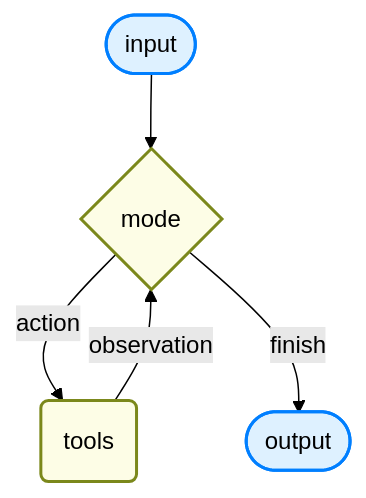
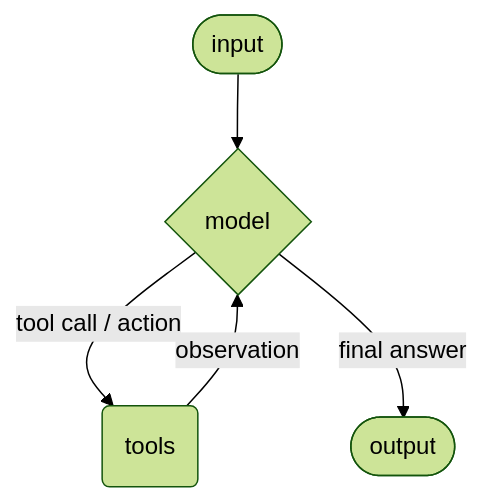
One commit to KeLes-Coding/KeLes-Coding.github.io changed the first of 2 diagrams in _posts/Orbit 开发日志/note/2026-05-10-2. Agent 系统阅读笔记（一）：Agent Runtime 的系统形态.md. Above: the diagram before and after it, drawn with Mermaid (forest theme). The commit also changed other lines of this file and 2 other files, not shown here.

````diff
--- a/_posts/Orbit 开发日志/note/2026-05-10-2. Agent 系统阅读笔记（一）：Agent Runtime 的系统形态.md
+++ b/_posts/Orbit 开发日志/note/2026-05-10-2. Agent 系统阅读笔记（一）：Agent Runtime 的系统形态.md
@@ -18,20 +18,12 @@
 ```Mermaid
 graph TD
-    %% 定义节点形状和文本
     Input([input])
-    Mode{mode}
+    Model{model}
     Tools(tools)
     Output([output])
 
-    %% 定义节点之间的连接和标签
-    Input --> Mode
-    Mode -->|action| Tools
-    Tools -->|observation| Mode
-    Mode -->|finish| Output
-
-    %% 自定义节点颜色和样式 (模仿图片风格)
-    style Input fill:#def1ff,stroke:#007fff,stroke-width:2px,color:#000
-    style Output fill:#def1ff,stroke:#007fff,stroke-width:2px,color:#000
-    style Mode fill:#fdfde6,stroke:#7b881b,stroke-width:2px,color:#000
-    style Tools fill:#fdfde6,stroke:#7b881b,stroke-width:2px,color:#000
+    Input --> Model
+    Model -->|tool call / action| Tools
+    Tools -->|observation| Model
+    Model -->|final answer| Output
 ```
````
